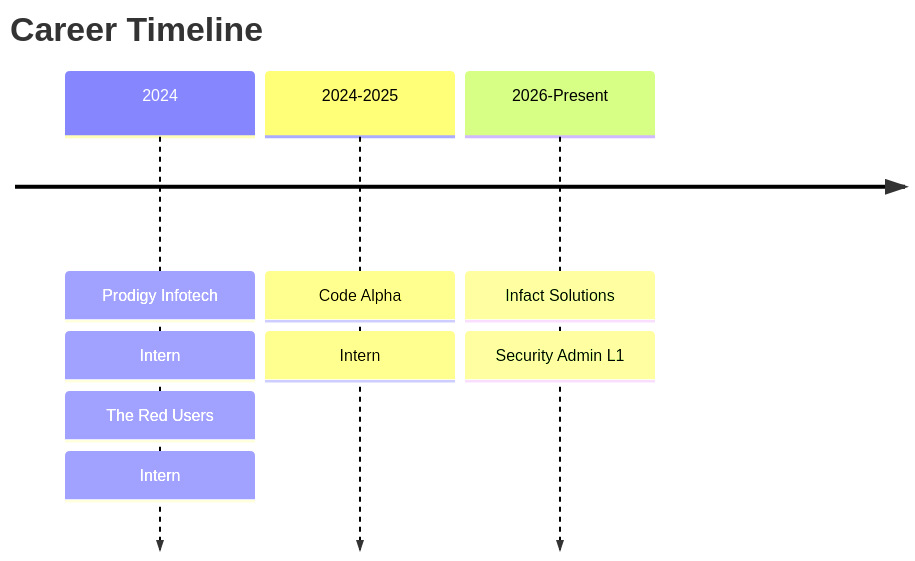
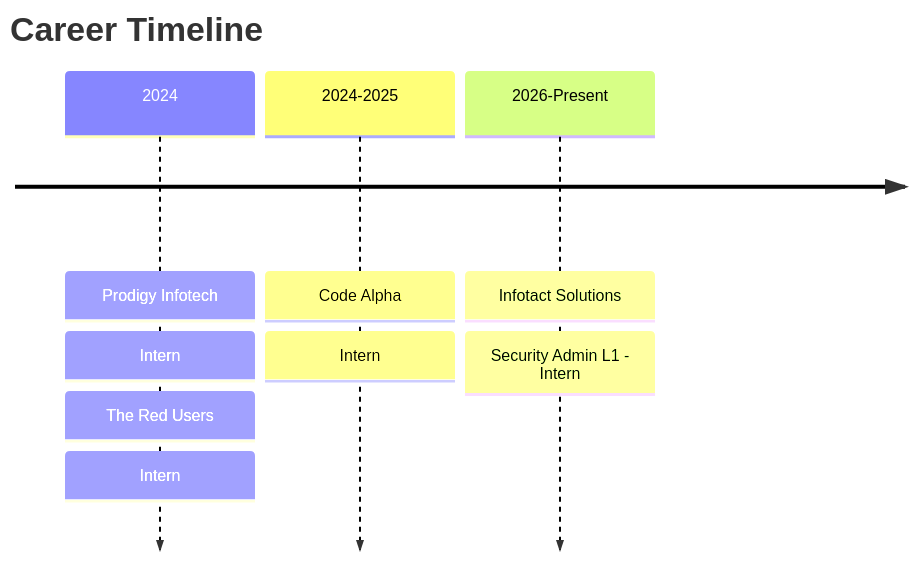
One commit to 0xgh057r3c0n/0xgh057r3c0n changed the diagram in README.md. Above: the diagram before and after it, drawn with Mermaid. The commit also changed other lines of this file, not shown here.

````diff
--- a/README.md
+++ b/README.md
@@ -166,8 +166,8 @@
 ```mermaid
 timeline
     title Career Timeline
     2024 : Prodigy Infotech : Intern
           : The Red Users : Intern
     2024-2025 : Code Alpha : Intern
-    2026-Present : Infact Solutions : Security Admin L1
+    2026-Present : Infotact Solutions : Security Admin L1 - Intern
 ```
````
